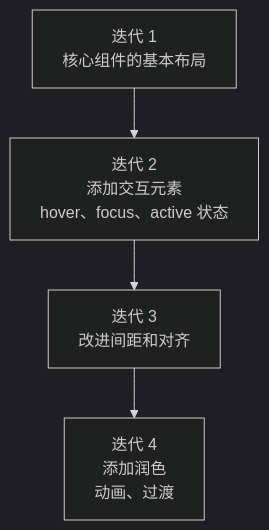
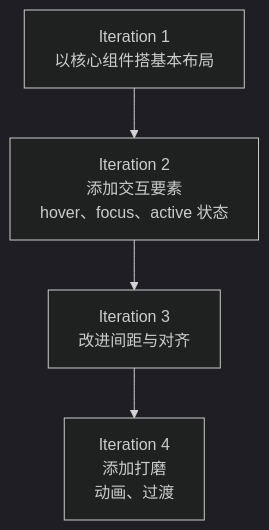
Before and after one commit to modu-ai/moai-adk: the third of 3 diagrams in docs-site/content/zh/advanced/stitch-guide.md, drawn with Mermaid (dark theme). The commit also changed other lines of this file and 395 other files, not shown here.

````diff
--- a/docs-site/content/zh/advanced/stitch-guide.md
+++ b/docs-site/content/zh/advanced/stitch-guide.md
@@ -274,6 +274,6 @@
 ```mermaid
 flowchart TD
-    I1["迭代 1<br>核心组件的基本布局"] --> I2["迭代 2<br>添加交互元素<br>hover、focus、active 状态"]
-    I2 --> I3["迭代 3<br>改进间距和对齐"]
-    I3 --> I4["迭代 4<br>添加润色<br>动画、过渡"]
+    I1["Iteration 1<br>以核心组件搭基本布局"] --> I2["Iteration 2<br>添加交互要素<br>hover、focus、active 状态"]
+    I2 --> I3["Iteration 3<br>改进间距与对齐"]
+    I3 --> I4["Iteration 4<br>添加打磨<br>动画、过渡"]
 ```
````
